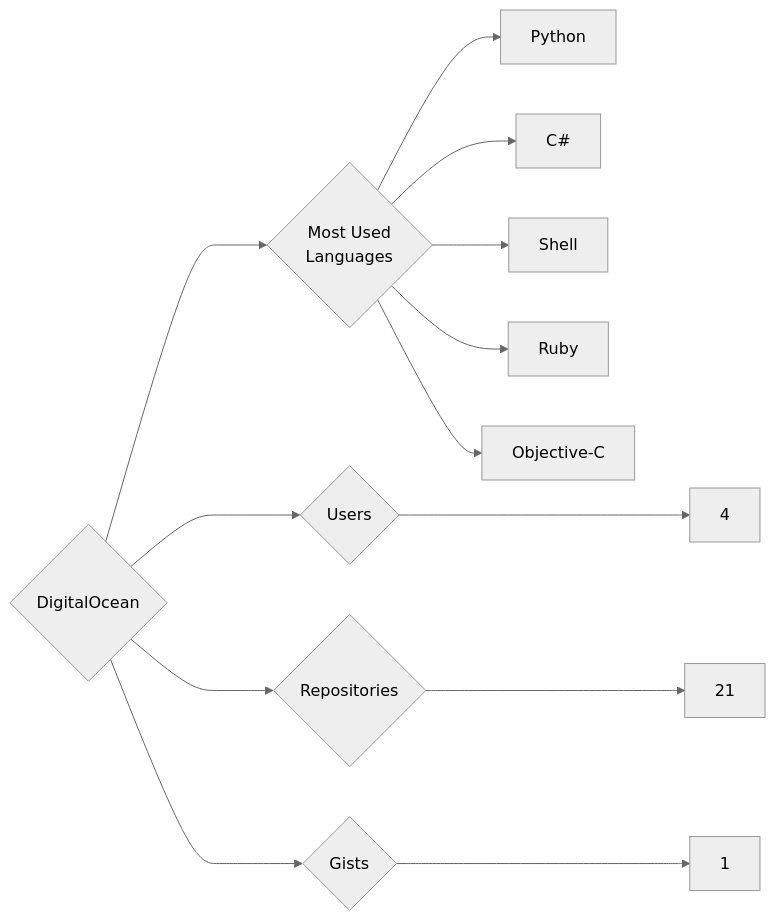
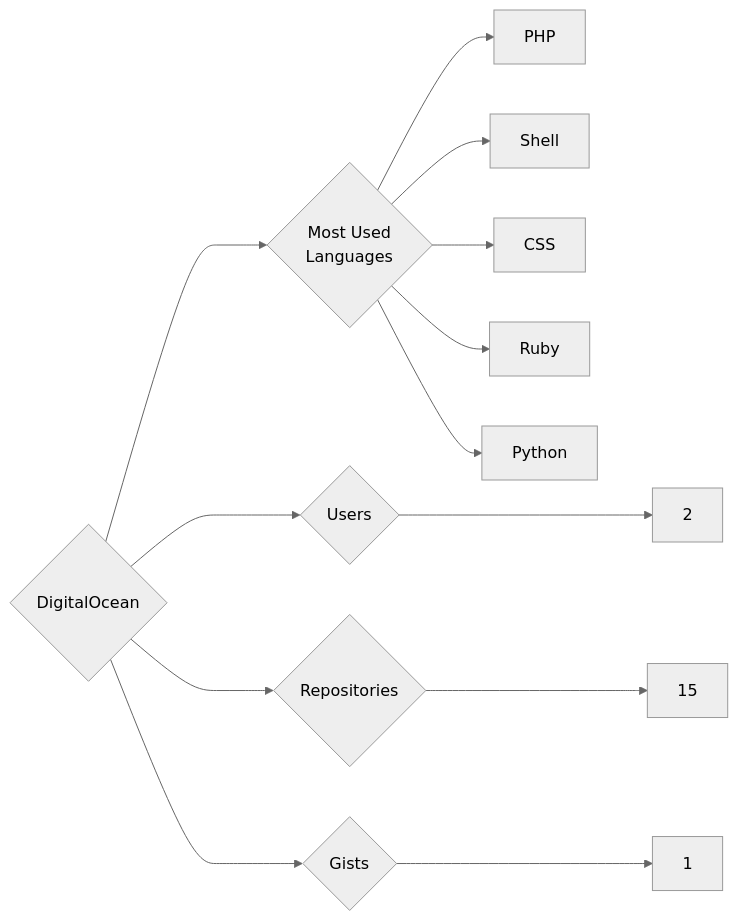
The diagram in targets/DigitalOcean/README.md (trickest/insiders), drawn with Mermaid (neutral theme) before and after one commit. The commit also changed 724 other files, not shown here.

````diff
--- a/targets/DigitalOcean/README.md
+++ b/targets/DigitalOcean/README.md
@@ -3,13 +3,13 @@
 ```mermaid
 graph LR
 COMPANY_NAME{DigitalOcean}
-COMPANY_NAME ---> U{Users} ---> UN[4]
-COMPANY_NAME ---> R{Repositories} ---> RN[21]
+COMPANY_NAME ---> U{Users} ---> UN[2]
+COMPANY_NAME ---> R{Repositories} ---> RN[15]
 COMPANY_NAME ---> G{Gists} ---> GN[1]
 COMPANY_NAME ---> ML{Most Used<br>Languages}
+ML --> PHP[PHP]
+ML --> Shell[Shell]
+ML --> CSS[CSS]
+ML --> Ruby[Ruby]
 ML --> Python[Python]
-ML --> C#[C#]
-ML --> Shell[Shell]
-ML --> Ruby[Ruby]
-ML --> Objective-C[Objective-C]
 ```
````
